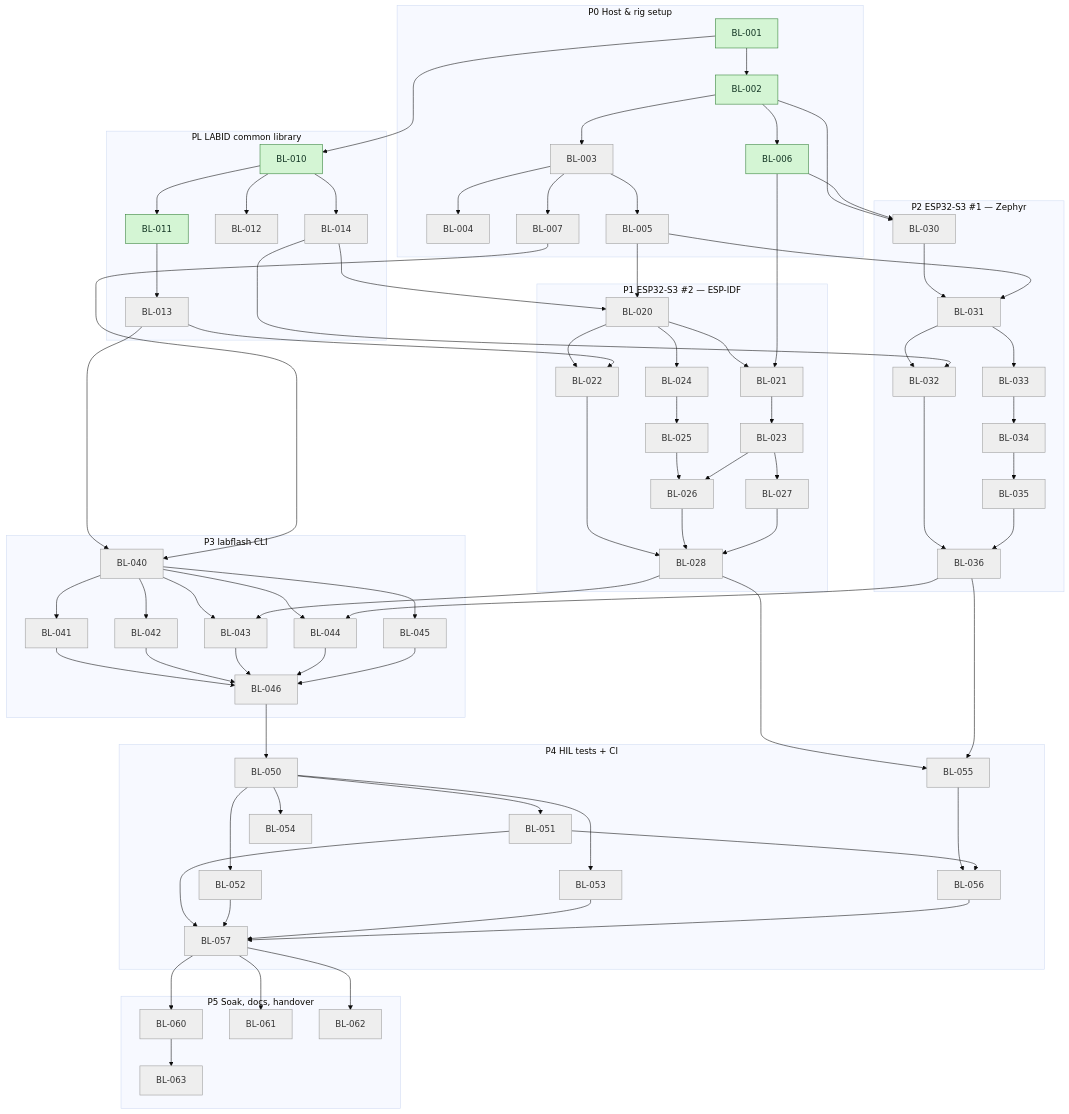
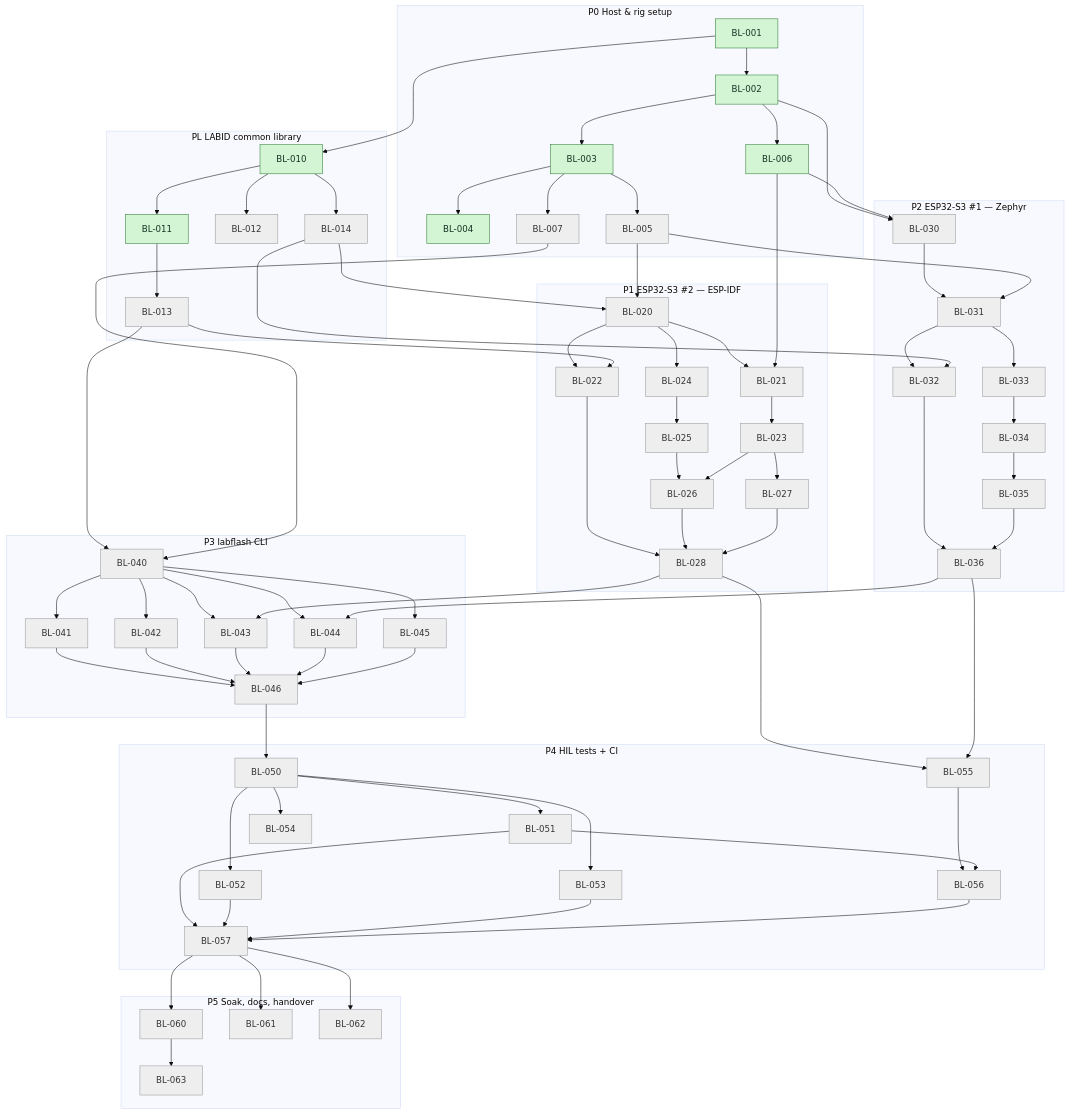
Before and after one commit to mohamed-soubhi/bootlab-esp: the third of 3 diagrams in tickets/TICKETS.md, drawn with Mermaid (base theme). The commit also changed other lines of this file and 1 other file, not shown here.

First line of the commit message:
BL-003 done (verify): udev rules + groups

```diff
--- a/tickets/TICKETS.md
+++ b/tickets/TICKETS.md
@@ -853,8 +854,8 @@
     subgraph E0_g["P0 Host & rig setup"]
         BL001["BL-001"]:::done
         BL002["BL-002"]:::done
-        BL003["BL-003"]:::todo
-        BL004["BL-004"]:::todo
+        BL003["BL-003"]:::done
+        BL004["BL-004"]:::done
         BL005["BL-005"]:::todo
         BL006["BL-006"]:::done
         BL007["BL-007"]:::todo
```
